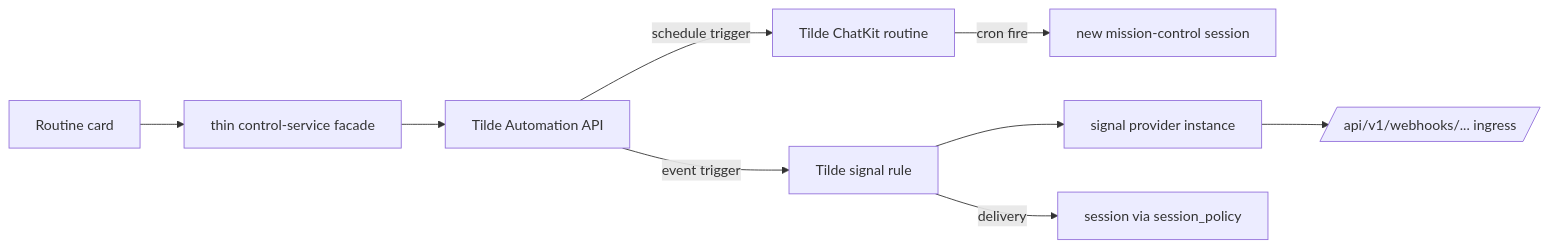
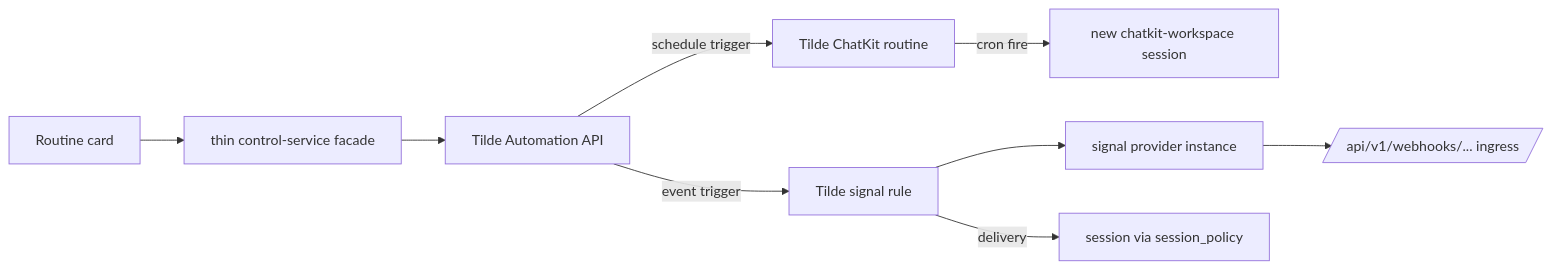
The diagram in docs/adrs/0031-routines-and-signals.md (trytilde/dispatch), drawn with Mermaid before and after one commit. The commit also changed 51 other files, not shown here.

````diff
--- a/docs/adrs/0031-routines-and-signals.md
+++ b/docs/adrs/0031-routines-and-signals.md
@@ -34,11 +34,11 @@
 ```mermaid
 flowchart LR
     UI[Routine card] --> CS[thin control-service facade]
     CS --> A[Tilde Automation API]
     A -->|schedule trigger| R[Tilde ChatKit routine]
     A -->|event trigger| SR[Tilde signal rule]
     SR --> SPI[signal provider instance]
     SPI --> WH[/api/v1/webhooks/... ingress/]
-    R -->|cron fire| S1[new mission-control session]
+    R -->|cron fire| S1[new chatkit-workspace session]
     SR -->|delivery| S2[session via session_policy]
 ```
````
